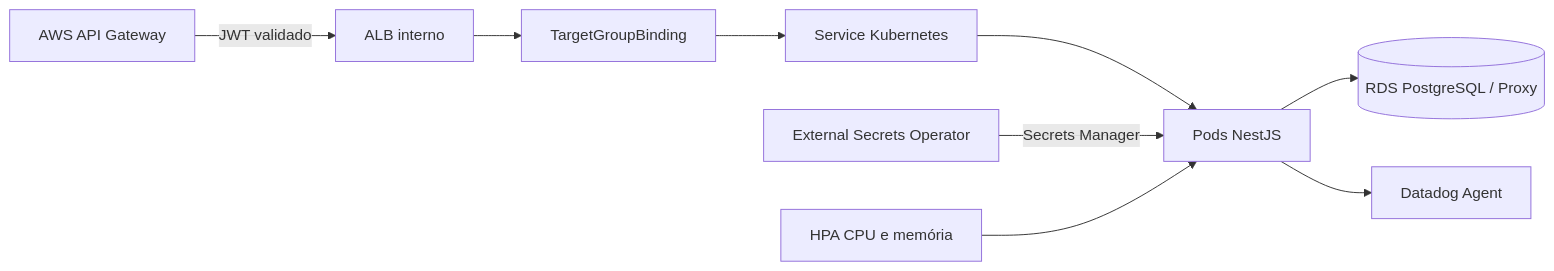
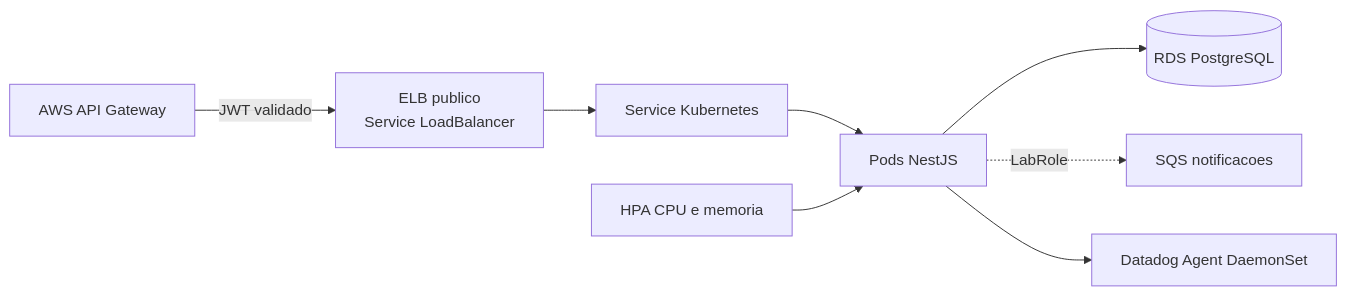
The diagram in README.md (christochula/oficina-api), drawn with Mermaid before and after one commit. The commit also changed other lines of this file and 48 other files, not shown here.

````diff
--- a/README.md
+++ b/README.md
@@ -7,11 +9,10 @@
 ```mermaid
 flowchart LR
-  GW[AWS API Gateway] -->|JWT validado| ALB[ALB interno]
-  ALB --> TGB[TargetGroupBinding]
-  TGB --> SVC[Service Kubernetes]
+  GW[AWS API Gateway] -->|JWT validado| ELB[ELB publico<br/>Service LoadBalancer]
+  ELB --> SVC[Service Kubernetes]
   SVC --> API[Pods NestJS]
-  API --> RDS[(RDS PostgreSQL / Proxy)]
-  API --> DD[Datadog Agent]
-  ESO[External Secrets Operator] -->|Secrets Manager| API
-  HPA[HPA CPU e memória] --> API
+  API --> RDS[(RDS PostgreSQL)]
+  API -. LabRole .-> SQS[SQS notificacoes]
+  API --> DD[Datadog Agent DaemonSet]
+  HPA[HPA CPU e memoria] --> API
 ```
````
